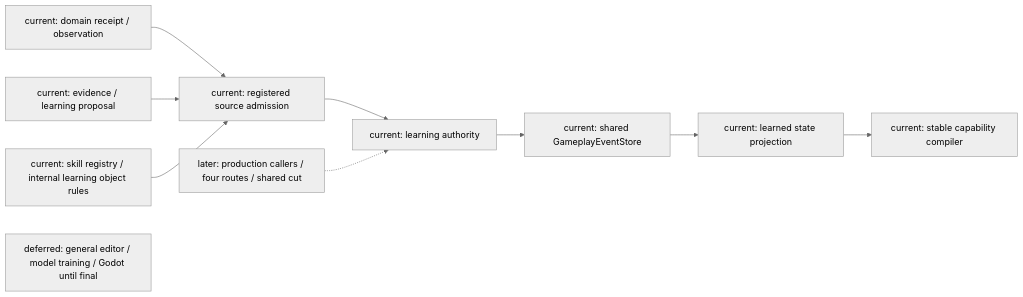
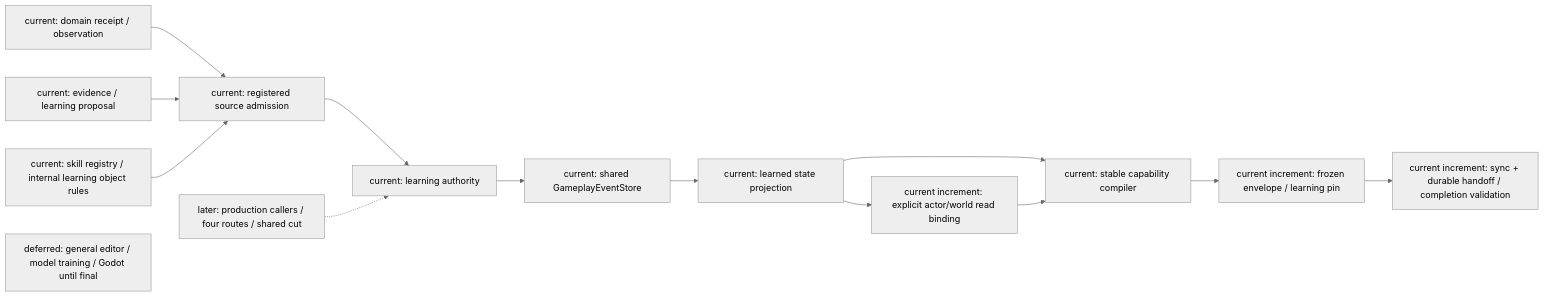
The first of 3 diagrams in docs/superpowers/specs/2026-10-20-registered-learning-authority-design.md (Dancing-coin/Paralls-phase0-1), drawn with Mermaid (neutral theme) before and after one commit. The commit also changed other lines of this file and 7 other files, not shown here.

Commit message:
feat: bind committed learning facts to frozen cognition turns

````diff
--- a/docs/superpowers/specs/2026-10-20-registered-learning-authority-design.md
+++ b/docs/superpowers/specs/2026-10-20-registered-learning-authority-design.md
@@ -33,10 +41,13 @@
 ```mermaid
 flowchart LR
   E["current: domain receipt / observation"] --> A["current: registered source admission"]
   C["current: evidence / learning proposal"] --> A
   R["current: skill registry / internal learning object rules"] --> A
   A --> O["current: learning authority"] --> S["current: shared GameplayEventStore"]
   S --> P["current: learned state projection"] --> B["current: stable capability compiler"]
+  P --> F["current increment: explicit actor/world read binding"] --> B
+  B --> FE["current increment: frozen envelope / learning pin"]
+  FE --> V["current increment: sync + durable handoff / completion validation"]
   X["later: production callers / four routes / shared cut"] -.-> O
   D["deferred: general editor / model training / Godot until final"]
 ```
````
